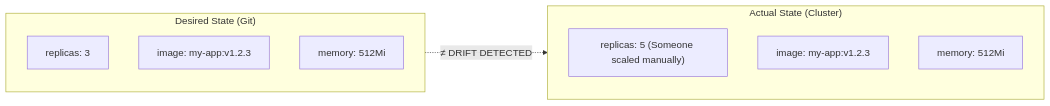
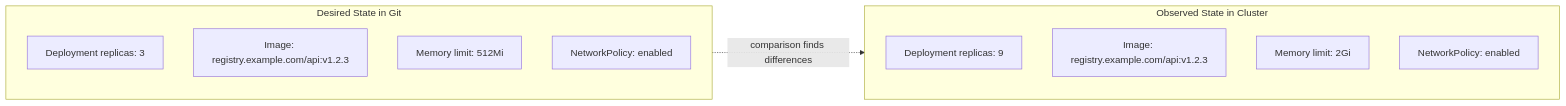
One commit to krisztiankoos/kubedojo changed the first of 5 diagrams in src/content/docs/platform/disciplines/delivery-automation/gitops/module-3.4-drift-detection.md. Above: the diagram before and after it, drawn with Mermaid. The commit also changed other lines of this file, not shown here.

First line of the commit message:
quality(rewrite): codex rewrite platform-disciplines-delivery-automation-gitops-module-3.4-drift-detection (attempt a4be9fd653ba)

````diff
--- a/src/content/docs/platform/disciplines/delivery-automation/gitops/module-3.4-drift-detection.md
+++ b/src/content/docs/platform/disciplines/delivery-automation/gitops/module-3.4-drift-detection.md
@@ -52,18 +44,20 @@
 ```mermaid
 graph LR
-    subgraph Git["Desired State (Git)"]
+    subgraph Git["Desired State in Git"]
         direction TB
-        G1["replicas: 3"]
-        G2["image: my-app:v1.2.3"]
-        G3["memory: 512Mi"]
+        G1["Deployment replicas: 3"]
+        G2["Image: registry.example.com/api:v1.2.3"]
+        G3["Memory limit: 512Mi"]
+        G4["NetworkPolicy: enabled"]
     end
 
-    subgraph Cluster["Actual State (Cluster)"]
+    subgraph Cluster["Observed State in Cluster"]
         direction TB
-        C1["replicas: 5 (Someone scaled manually)"]
-        C2["image: my-app:v1.2.3"]
-        C3["memory: 512Mi"]
+        C1["Deployment replicas: 9"]
+        C2["Image: registry.example.com/api:v1.2.3"]
+        C3["Memory limit: 2Gi"]
+        C4["NetworkPolicy: enabled"]
     end
 
-    Git -. "≠ DRIFT DETECTED" .-> Cluster
+    Git -. "comparison finds differences" .-> Cluster
 ```
````
